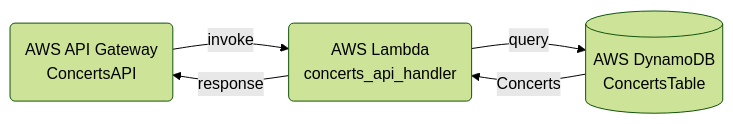
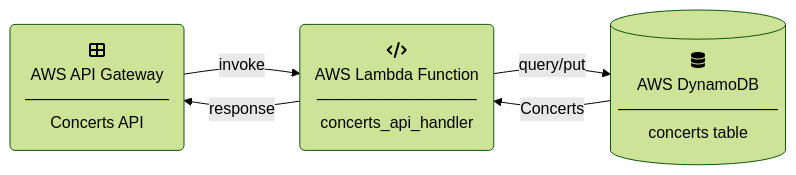
One commit to moonline/Lab.AWS.API-Gateway changed the first of 4 diagrams in README.md. Above: the diagram before and after it, drawn with Mermaid (forest theme). The commit also changed other lines of this file and 10 other files, not shown here.

````diff
--- a/README.md
+++ b/README.md
@@ -30,19 +24,25 @@
 ```mermaid
 flowchart LR
 
 API("`
-   AWS API Gateway
-   ConcertsAPI
+    fa:fa-th-large
+    AWS API Gateway
+    ―――――――――
+    Concerts API
 `") -->|invoke| Handler
 
 Handler("`
-   AWS Lambda
-   concerts_api_handler
-`") -->|query| Table
+    fa:fa-code
+    AWS Lambda Function
+    ――――――――――
+    concerts_api_handler
+`") -->|query/put| Database
 Handler -->|response| API
 
-Table[("`
-   AWS DynamoDB
-   ConcertsTable
+Database[("`
+    fa:fa-database
+    AWS DynamoDB
+    ――――――――――
+    concerts table
 `")] -->|Concerts| Handler
 ```
````
